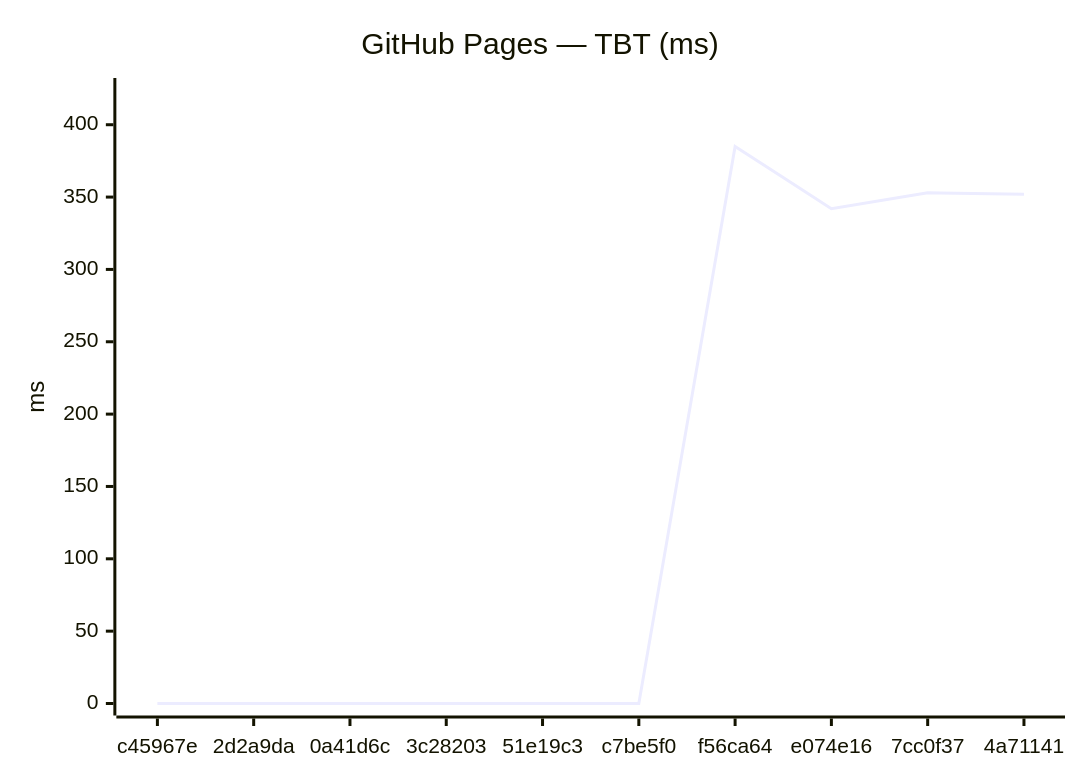
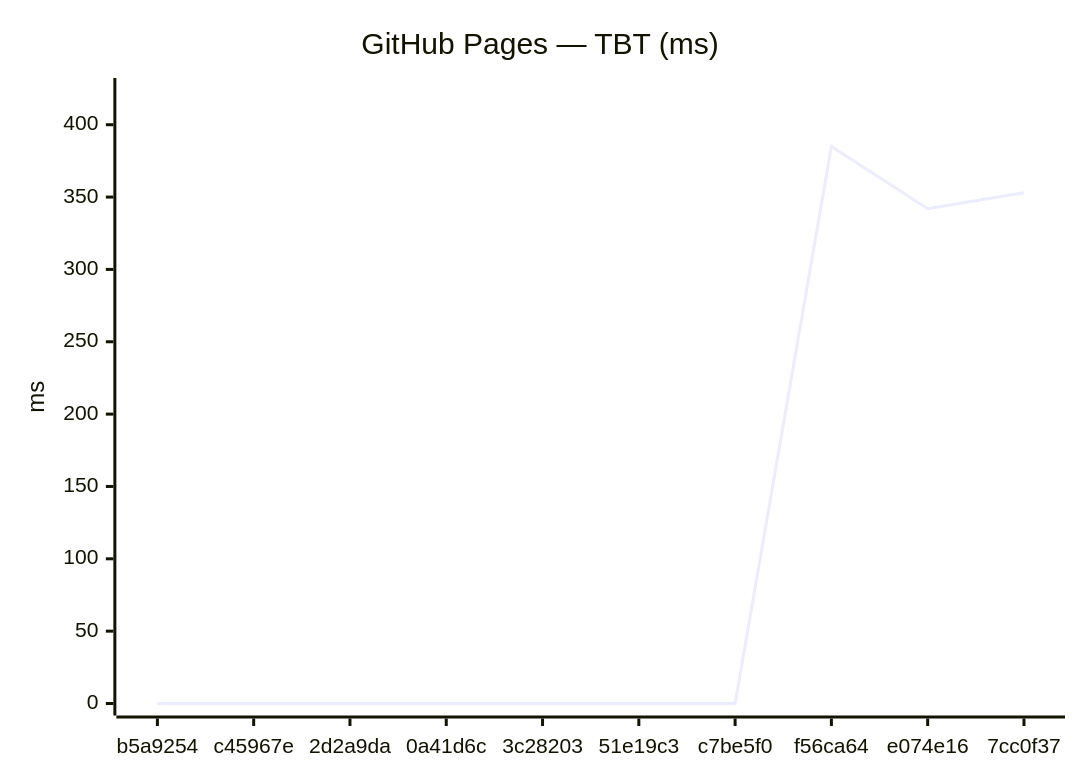
Before and after one commit to Metaheurist/Rianell: the fourth of 18 diagrams in benchmarks/compare.md, drawn with Mermaid. The commit also changed other lines of this file and 11 other files, not shown here.

````diff
--- a/benchmarks/compare.md
+++ b/benchmarks/compare.md
@@ -61,7 +61,7 @@
 ```mermaid
 xychart-beta
     title "GitHub Pages — TBT (ms)"
-    x-axis ["c45967e", "2d2a9da", "0a41d6c", "3c28203", "51e19c3", "c7be5f0", "f56ca64", "e074e16", "7cc0f37", "4a71141"]
+    x-axis ["b5a9254", "c45967e", "2d2a9da", "0a41d6c", "3c28203", "51e19c3", "c7be5f0", "f56ca64", "e074e16", "7cc0f37"]
     y-axis "ms" 0 --> 424
-    line [0, 0, 0, 0, 0, 0, 385, 342, 353, 352]
+    line [0, 0, 0, 0, 0, 0, 0, 385, 342, 353]
 ```
````
